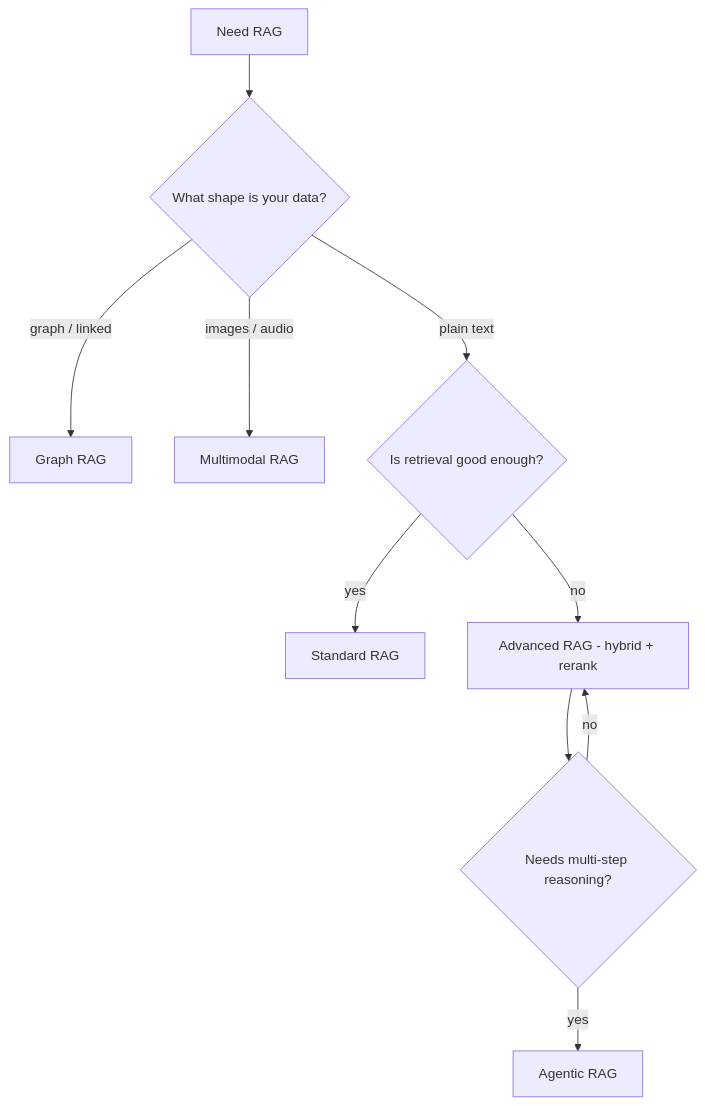
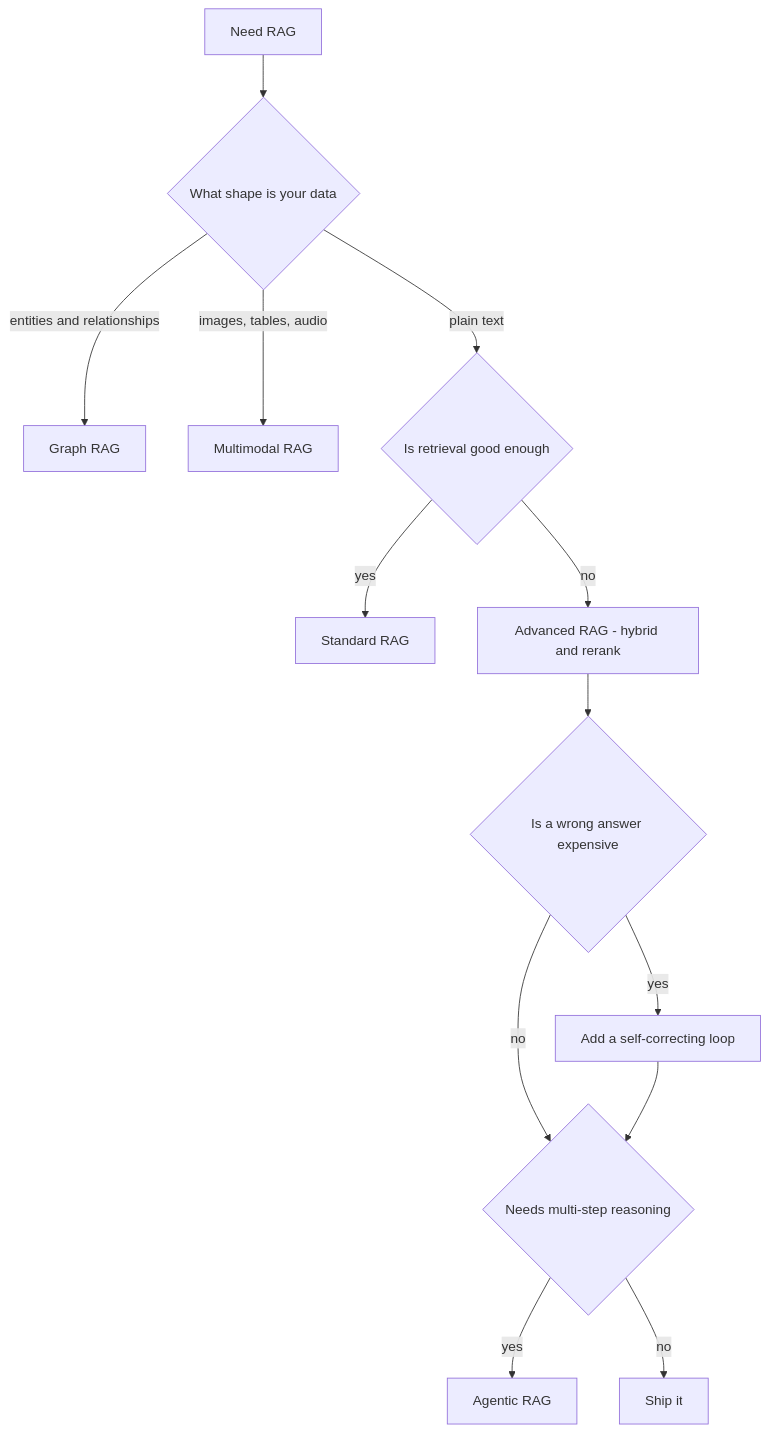
Before and after one commit to namphuongtran/ai-vault: the diagram in content/en/deep-dives/types-of-rag/_index.md, drawn with Mermaid. The commit also changed other lines of this file and 3 other files, not shown here.

````diff
--- a/content/en/deep-dives/types-of-rag/_index.md
+++ b/content/en/deep-dives/types-of-rag/_index.md
@@ -39,12 +74,15 @@
 ```mermaid
 flowchart TD
-    Start[Need RAG] --> Shape{What shape is your data?}
-    Shape -->|graph / linked| Graph[Graph RAG]
-    Shape -->|images / audio| MM[Multimodal RAG]
-    Shape -->|plain text| R{Is retrieval good enough?}
+    Start[Need RAG] --> Shape{What shape is your data}
+    Shape -->|entities and relationships| Graph[Graph RAG]
+    Shape -->|images, tables, audio| MM[Multimodal RAG]
+    Shape -->|plain text| R{Is retrieval good enough}
     R -->|yes| Naive[Standard RAG]
-    R -->|no| Adv[Advanced RAG - hybrid + rerank]
-    Adv --> Multi{Needs multi-step reasoning?}
+    R -->|no| Adv[Advanced RAG - hybrid and rerank]
+    Adv --> Cost{Is a wrong answer expensive}
+    Cost -->|yes| SC[Add a self-correcting loop]
+    Cost -->|no| Multi{Needs multi-step reasoning}
+    SC --> Multi
     Multi -->|yes| Agentic[Agentic RAG]
-    Multi -->|no| Adv
+    Multi -->|no| Ship[Ship it]
 ```
````
